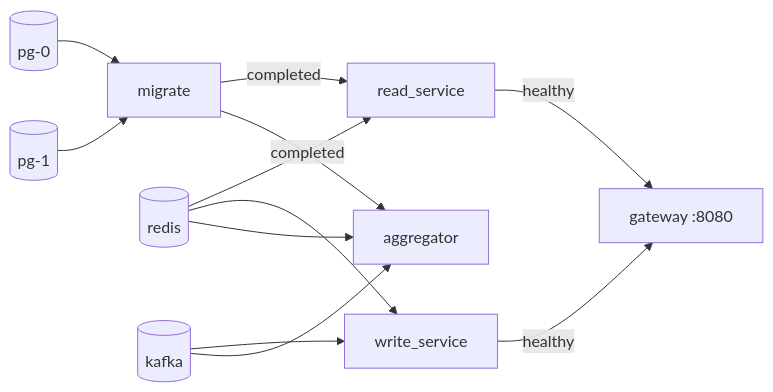
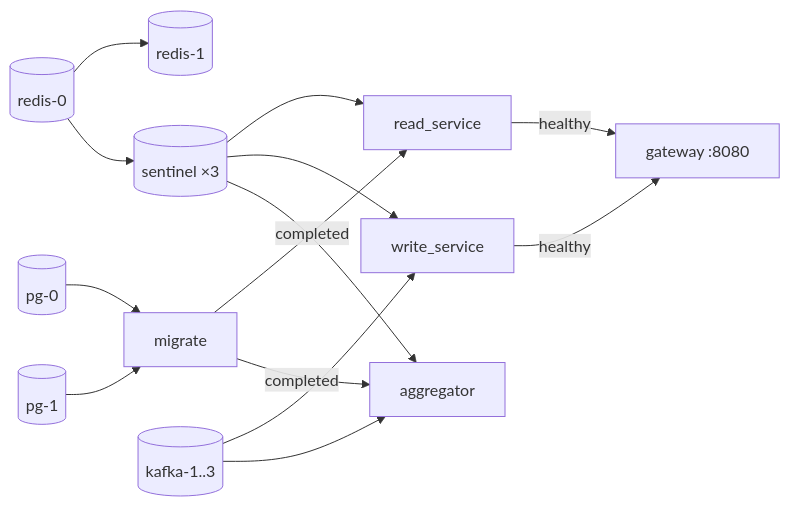
One commit to elitekbtu/highload-backend changed the eighth of 8 diagrams in sis2/README.md. Above: the diagram before and after it, drawn with Mermaid. The commit also changed other lines of this file and 18 other files, not shown here.

Commit message:
redis, kafka replicas

````diff
--- a/sis2/README.md
+++ b/sis2/README.md
@@ -269,11 +269,12 @@
 ```mermaid
 flowchart LR
     pg0[(pg-0)] --> migrate
     pg1[(pg-1)] --> migrate
     migrate -- completed --> rs[read_service]
     migrate -- completed --> agg[aggregator]
-    redis[(redis)] --> rs & ws[write_service] & agg
-    kafka[(kafka)] --> ws & agg
+    redis0[(redis-0)] --> redis1[(redis-1)] & sentinel[(sentinel ×3)]
+    sentinel --> rs & ws[write_service] & agg
+    kafka[(kafka-1..3)] --> ws & agg
     ws -- healthy --> gw[gateway :8080]
     rs -- healthy --> gw
 ```
````
